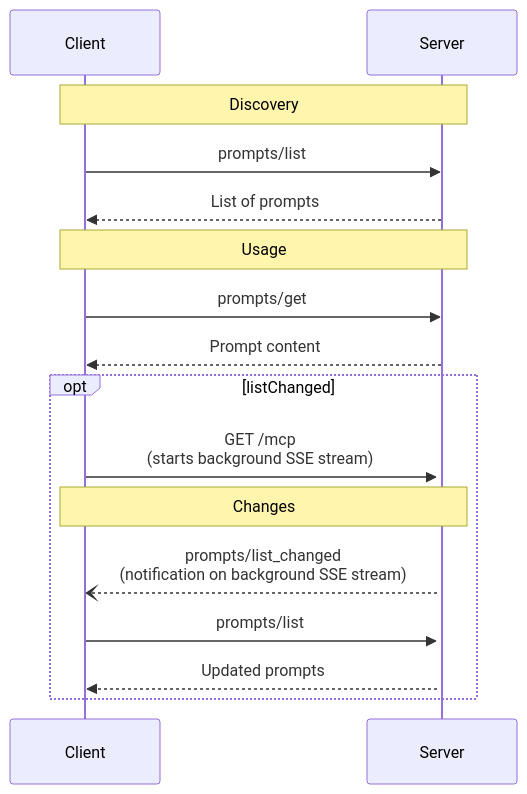
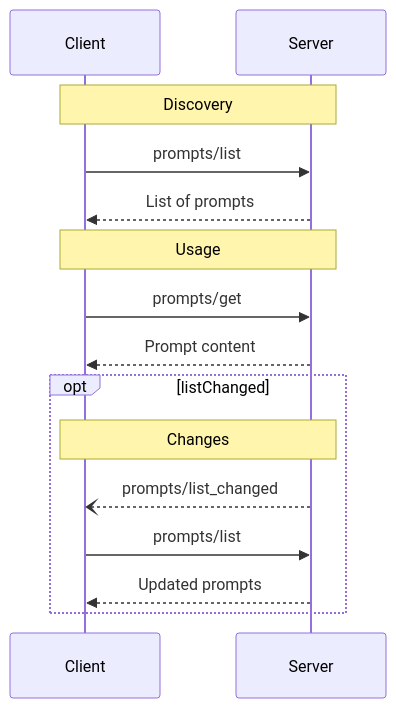
Before and after one commit to modelcontextprotocol/modelcontextprotocol: the diagram in docs/specification/2025-06-18/server/prompts.mdx, drawn with Mermaid. The commit also changed 1 other file, not shown here.

Commit message:
Transfer changes to `docs/specification/draft/`

````diff
--- a/docs/specification/2025-06-18/server/prompts.mdx
+++ b/docs/specification/2025-06-18/server/prompts.mdx
@@ -150,21 +150,20 @@
 ```mermaid
 sequenceDiagram
     participant Client
     participant Server
 
     Note over Client,Server: Discovery
     Client->>Server: prompts/list
     Server-->>Client: List of prompts
 
     Note over Client,Server: Usage
     Client->>Server: prompts/get
     Server-->>Client: Prompt content
 
     opt listChanged
-      Client->>+Server: GET /mcp<br>(starts background SSE stream)
       Note over Client,Server: Changes
-      Server--)Client: prompts/list_changed<br>(notification on background SSE stream)
+      Server--)Client: prompts/list_changed
       Client->>Server: prompts/list
       Server-->>Client: Updated prompts
     end
 ```
````
